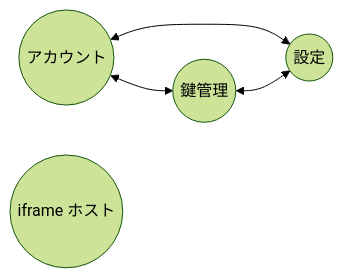
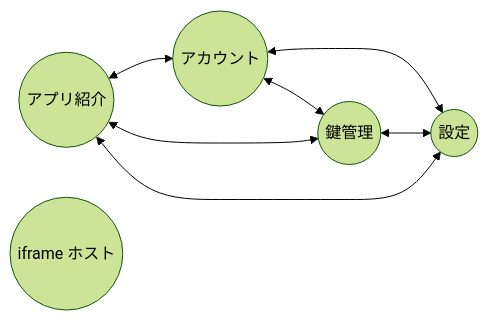
One commit to ocknamo/nosskey-sdk changed the second of 2 diagrams in examples/svelte-app/svelte-app-design.md. Above: the diagram before and after it, drawn with Mermaid (forest theme). The commit also changed other lines of this file and 21 other files, not shown here.

````diff
--- a/examples/svelte-app/svelte-app-design.md
+++ b/examples/svelte-app/svelte-app-design.md
@@ -284,7 +294,10 @@
 ```mermaid
 graph LR
     Account((アカウント)) <--> Key((鍵管理))
     Account <--> Settings((設定))
     Key <--> Settings
+    Apps((アプリ紹介)) <--> Account
+    Apps <--> Key
+    Apps <--> Settings
     Iframe((iframe ホスト))
 ```
````
